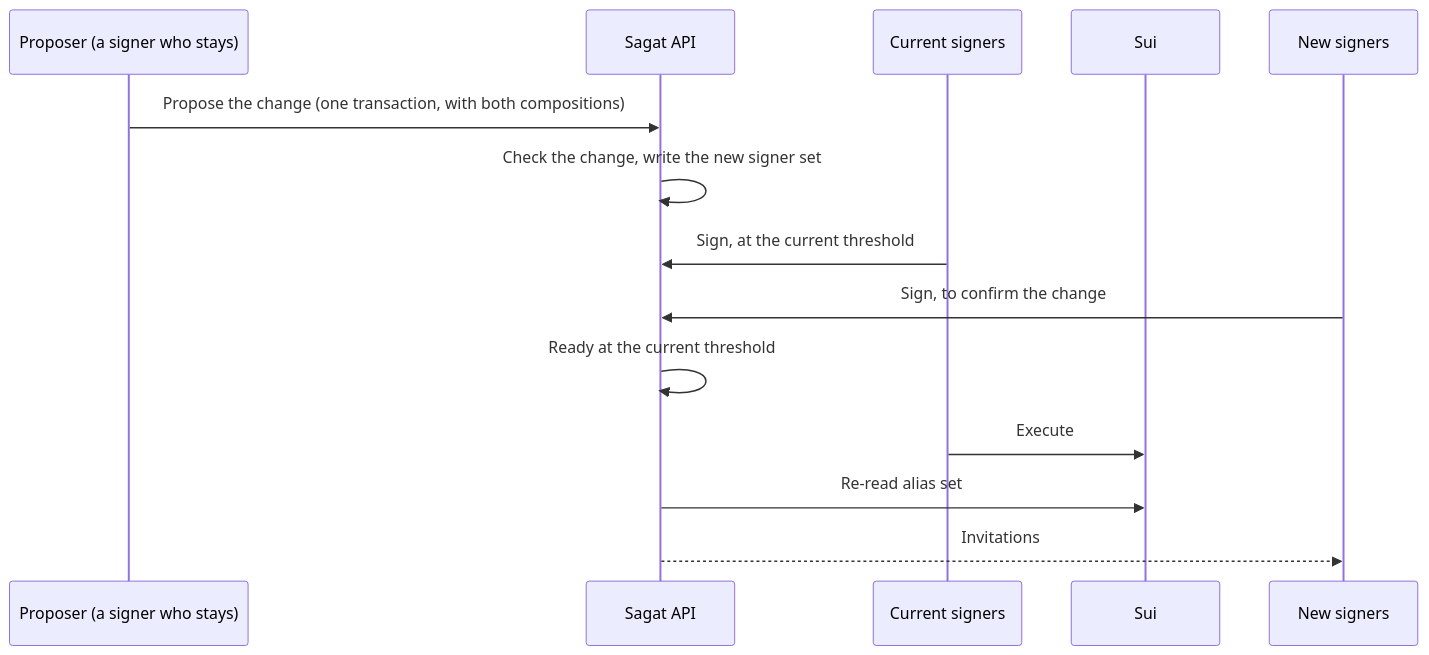
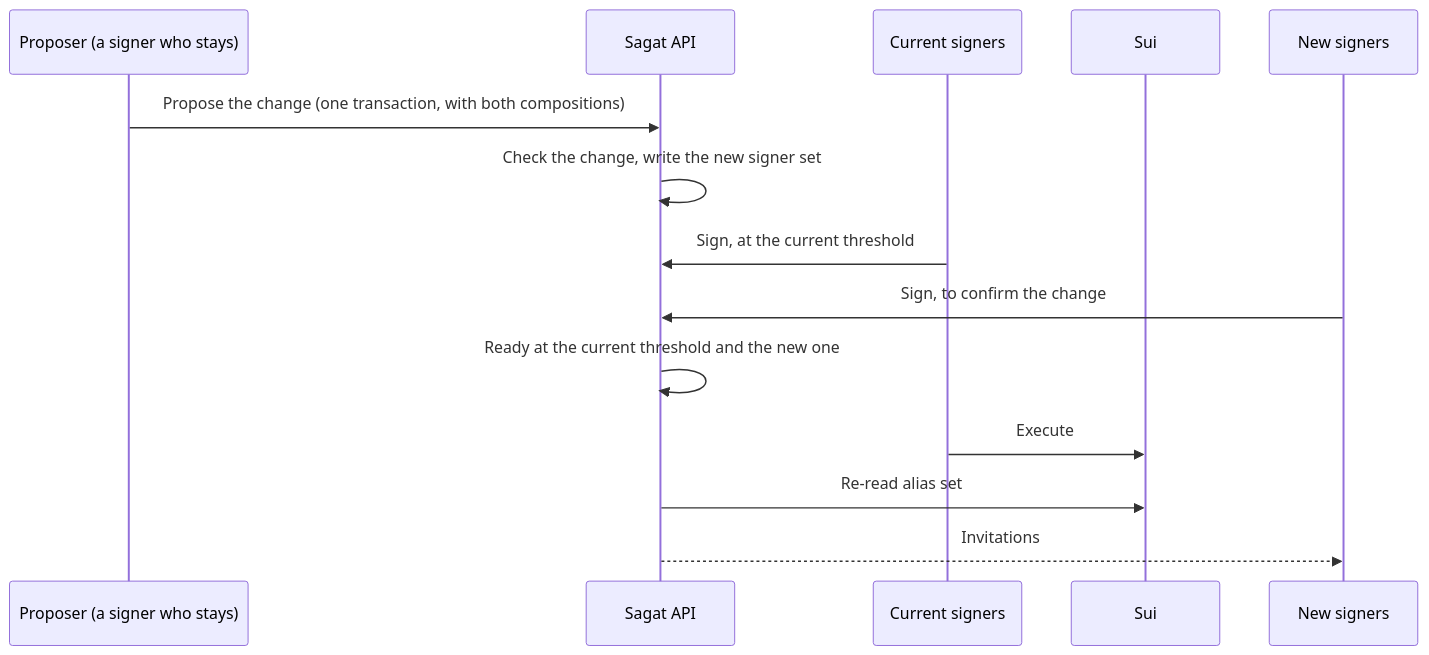
The diagram in design/account-rotation.md (MystenLabs/sagat), drawn with Mermaid before and after one commit. The commit also changed other lines of this file and 1 other file, not shown here.

Commit message:
docs: Say a signer change is ready once the replaced set and the new set both reach their thresholds

````diff
--- a/design/account-rotation.md
+++ b/design/account-rotation.md
@@ -166,17 +166,17 @@
 ```mermaid
 sequenceDiagram
     participant P as Proposer (a signer who stays)
     participant A as Sagat API
     participant O as Current signers
     participant C as Sui
     participant N as New signers
 
     P->>A: Propose the change (one transaction, with both compositions)
     A->>A: Check the change, write the new signer set
     O->>A: Sign, at the current threshold
     N->>A: Sign, to confirm the change
-    A->>A: Ready at the current threshold
+    A->>A: Ready at the current threshold and the new one
     O->>C: Execute
     A->>C: Re-read alias set
     A-->>N: Invitations
 ```
````
